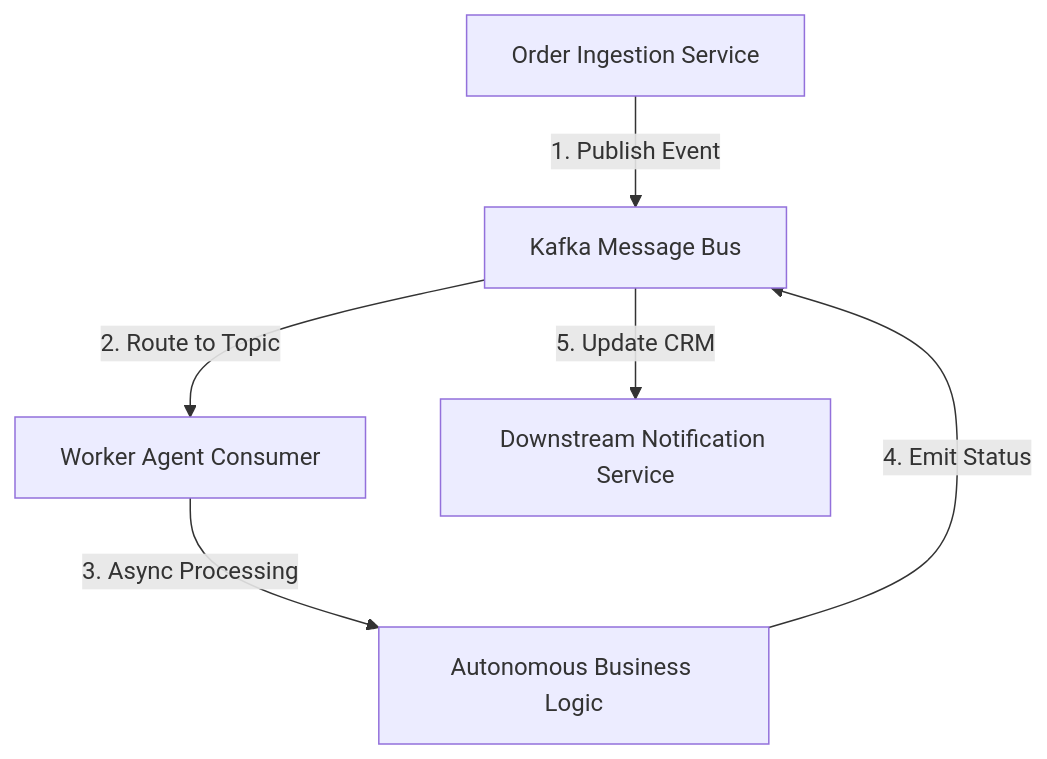
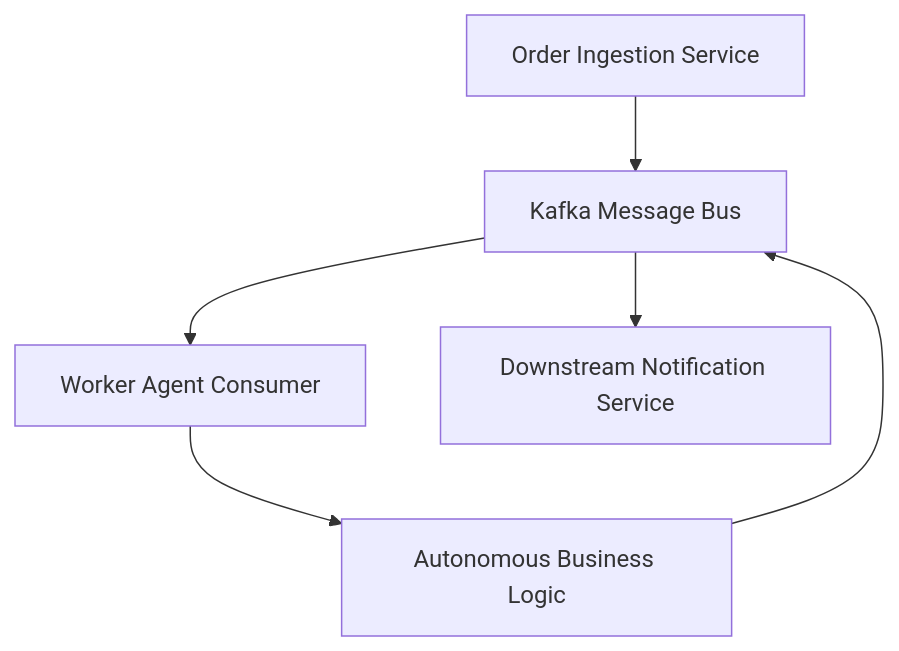
One commit to sricheru/agentic-ai-portfolio changed diagram 18 of 20 in genai_enterprise_usecases/ARCHITECTURE_GUIDE.md. Above: the diagram before and after it, drawn with Mermaid. The commit also changed other lines of this file, not shown here.

Commit message:
fix(mermaid): switch to pure flowchart TD and remove label collisions

````diff
--- a/genai_enterprise_usecases/ARCHITECTURE_GUIDE.md
+++ b/genai_enterprise_usecases/ARCHITECTURE_GUIDE.md
@@ -405,8 +404,8 @@
 ```mermaid
-graph TD
-    OrderService["Order Ingestion Service"] -->|1. Publish Event| EventBus["Kafka Message Bus"]
-    EventBus -->|2. Route to Topic| AgentConsumer["Worker Agent Consumer"]
-    AgentConsumer -->|3. Async Processing| BusinessLogic["Autonomous Business Logic"]
-    BusinessLogic -->|4. Emit Status| EventBus
-    EventBus -->|5. Update CRM| DownstreamService["Downstream Notification Service"]
+flowchart TD
+    OrderService[Order Ingestion Service] --> EventBus[Kafka Message Bus]
+    EventBus --> AgentConsumer[Worker Agent Consumer]
+    AgentConsumer --> BusinessLogic[Autonomous Business Logic]
+    BusinessLogic --> EventBus
+    EventBus --> DownstreamService[Downstream Notification Service]
 ```
````
